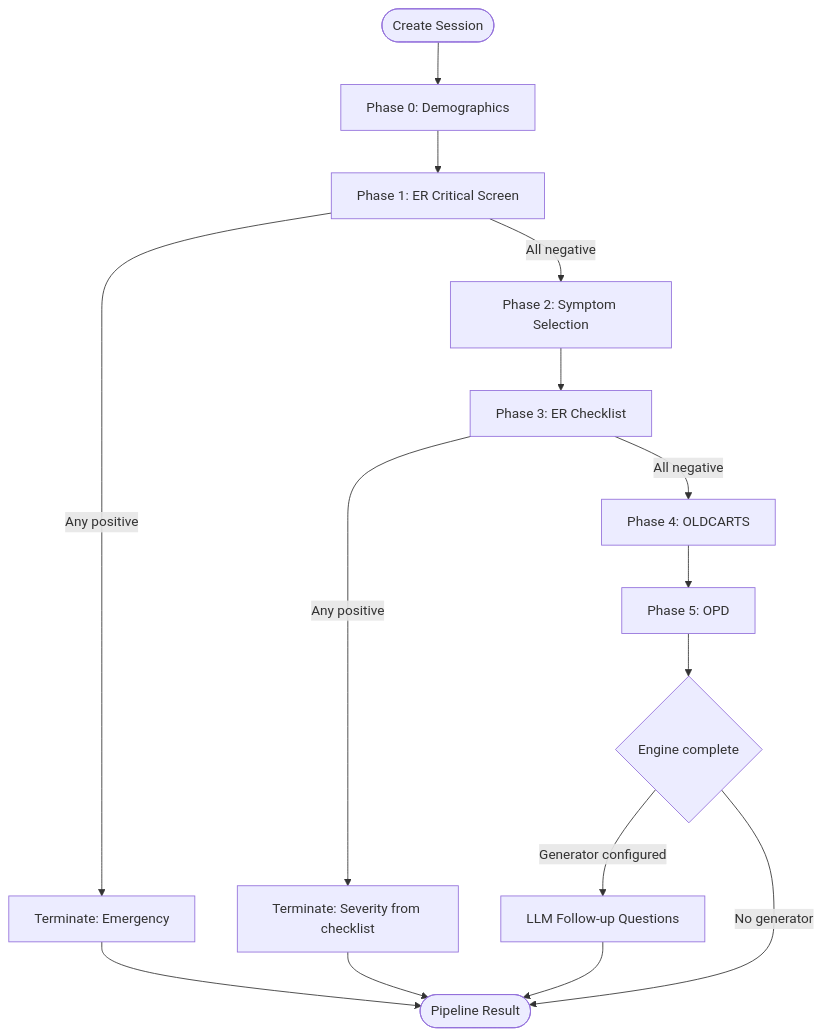
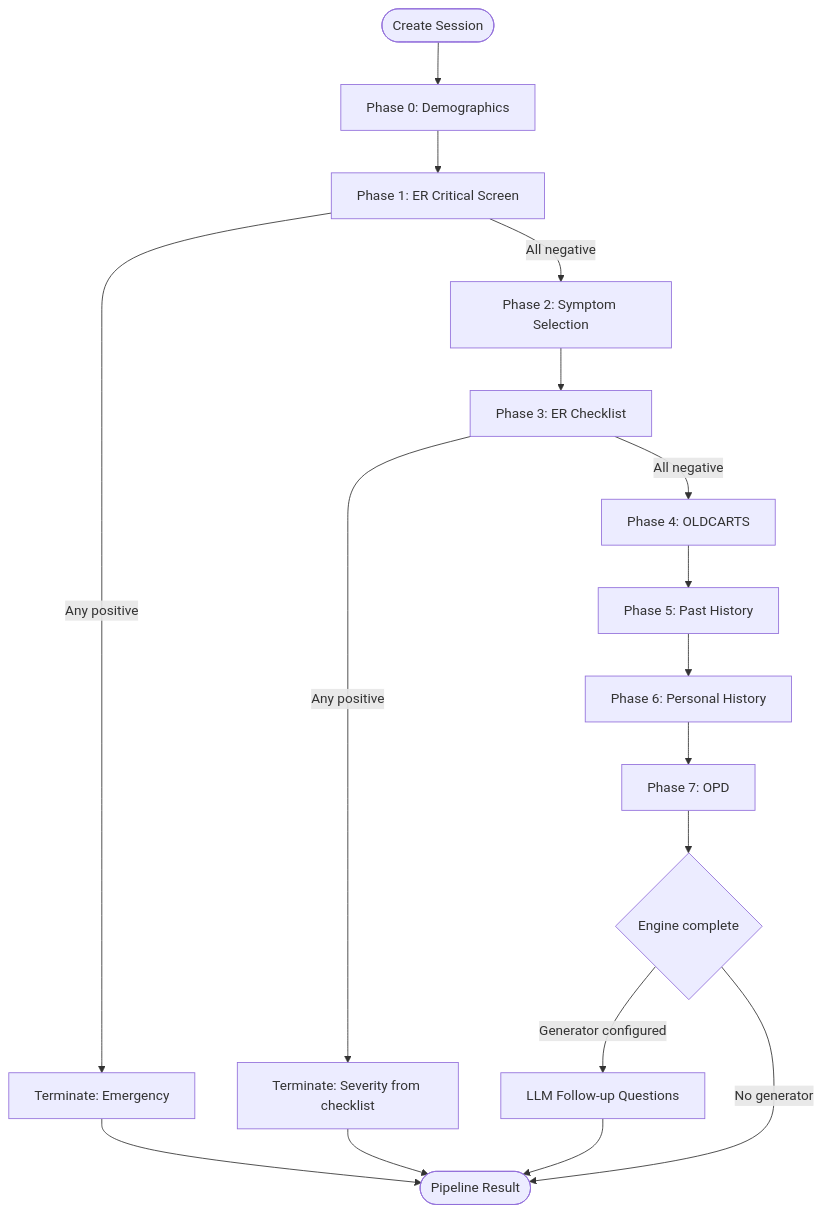
The diagram in src/prescreen_server/docs/flow-walkthrough.md (vistec-AI/thaillm-prescreen-rulesets), drawn with Mermaid before and after one commit. The commit also changed other lines of this file and 8 other files, not shown here.

````diff
--- a/src/prescreen_server/docs/flow-walkthrough.md
+++ b/src/prescreen_server/docs/flow-walkthrough.md
@@ -9,17 +9,19 @@
 ```mermaid
 flowchart TD
     Start([Create Session]) --> P0[Phase 0: Demographics]
     P0 --> P1[Phase 1: ER Critical Screen]
     P1 -->|Any positive| TERM_ER[Terminate: Emergency]
     P1 -->|All negative| P2[Phase 2: Symptom Selection]
     P2 --> P3[Phase 3: ER Checklist]
     P3 -->|Any positive| TERM_CHECKLIST[Terminate: Severity from checklist]
     P3 -->|All negative| P4[Phase 4: OLDCARTS]
-    P4 --> P5[Phase 5: OPD]
-    P5 --> ENGINE_DONE{Engine complete}
+    P4 --> P5[Phase 5: Past History]
+    P5 --> P6[Phase 6: Personal History]
+    P6 --> P7[Phase 7: OPD]
+    P7 --> ENGINE_DONE{Engine complete}
     ENGINE_DONE -->|Generator configured| LLM[LLM Follow-up Questions]
     ENGINE_DONE -->|No generator| RESULT
     LLM --> RESULT([Pipeline Result])
     TERM_ER --> RESULT
     TERM_CHECKLIST --> RESULT
 ```
````
